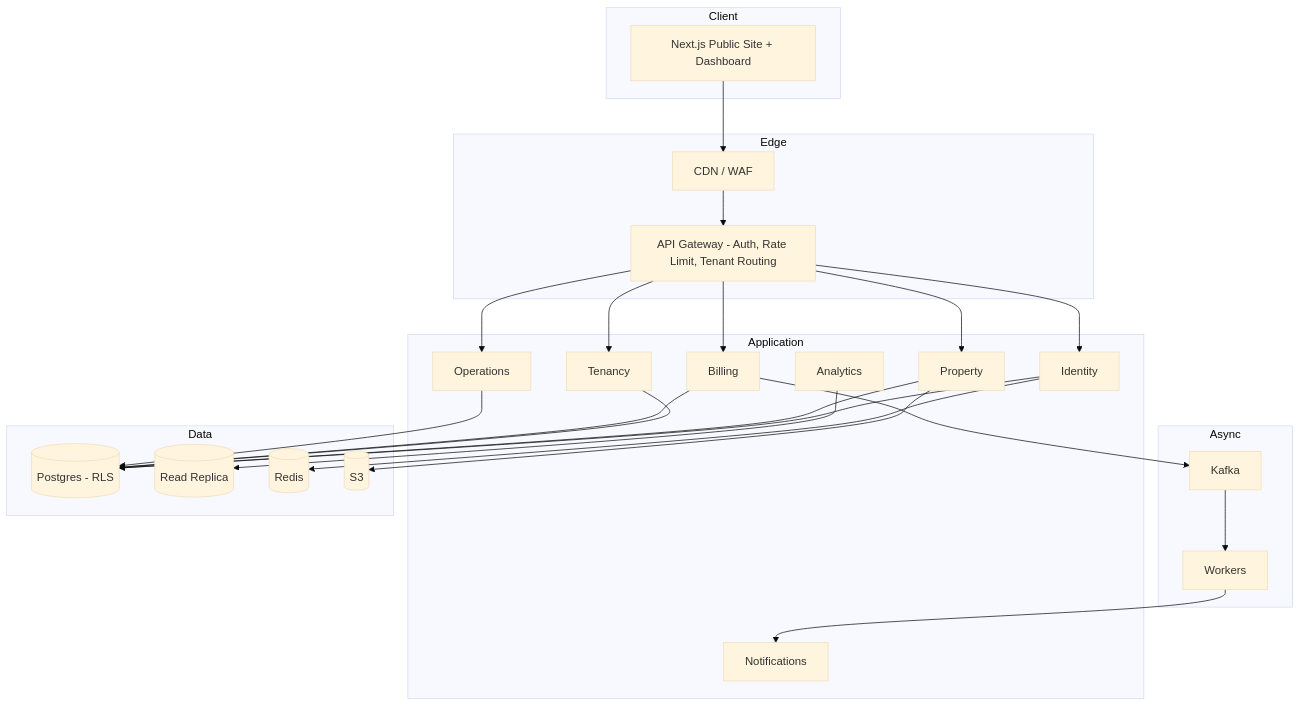
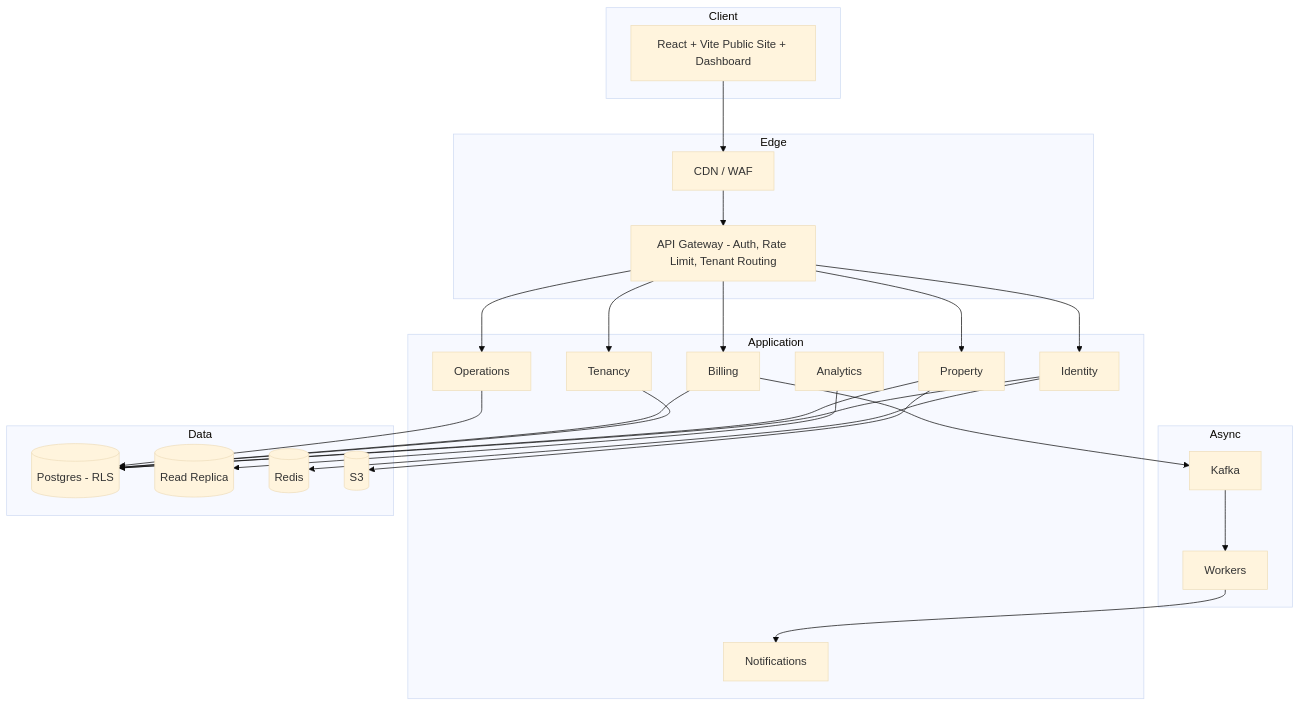
Before and after one commit to ayushman-glb/PG-Management-System: the first of 2 diagrams in docs/System.md, drawn with Mermaid (base theme). The commit also changed 3 other files, not shown here.

````diff
--- a/docs/System.md
+++ b/docs/System.md
@@ -34,37 +34,37 @@
 ```mermaid
 flowchart TB
     subgraph Client
-        WEB[Next.js Public Site + Dashboard]
+        WEB[React + Vite Public Site + Dashboard]
     end
     subgraph Edge
         CDN[CDN / WAF]
         GW[API Gateway - Auth, Rate Limit, Tenant Routing]
     end
     subgraph Application
         IDN[Identity]
         PROP[Property]
         TEN[Tenancy]
         BILL[Billing]
         OPS[Operations]
         NOTIF[Notifications]
         ANLY[Analytics]
     end
     subgraph Async
         MQ[Kafka]
         WORKER[Workers]
     end
     subgraph Data
         PG[(Postgres - RLS)]
         REPLICA[(Read Replica)]
         REDIS[(Redis)]
         S3[(S3)]
     end
 
     WEB --> CDN --> GW --> IDN & PROP & TEN & BILL & OPS
     BILL --> MQ --> WORKER
     WORKER --> NOTIF
     IDN & PROP & TEN & BILL & OPS --> PG
     ANLY --> REPLICA
     IDN --> REDIS
     PROP --> S3
 ```
````
